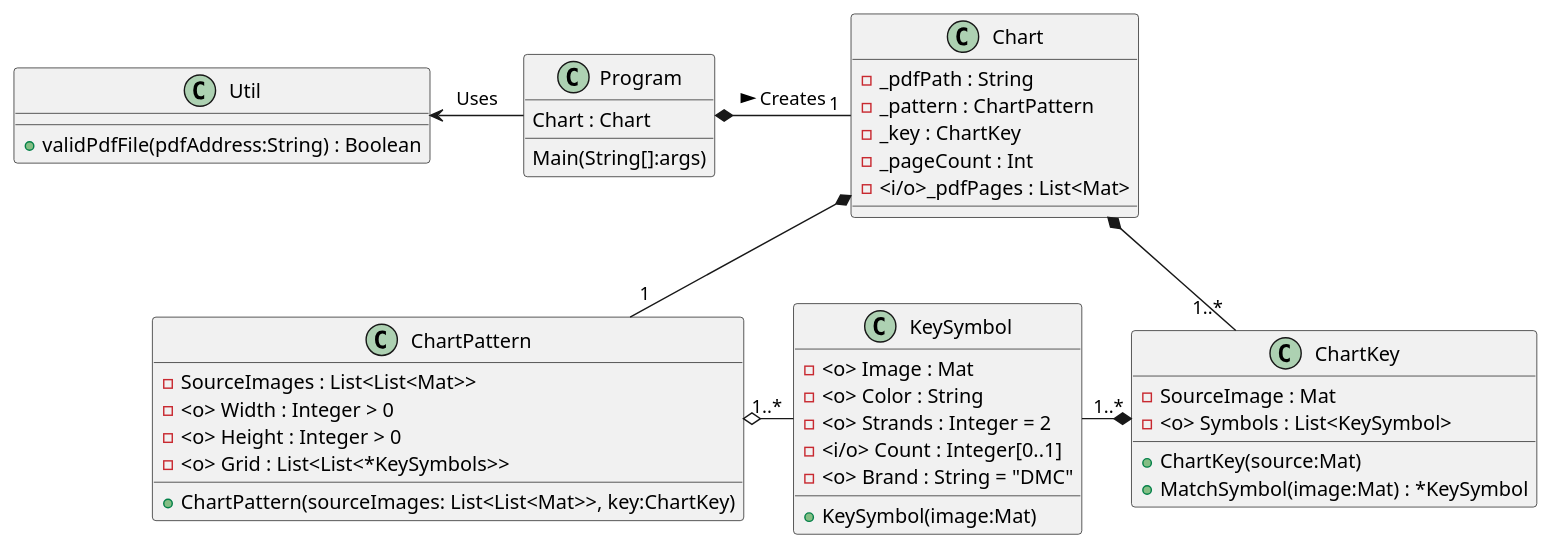
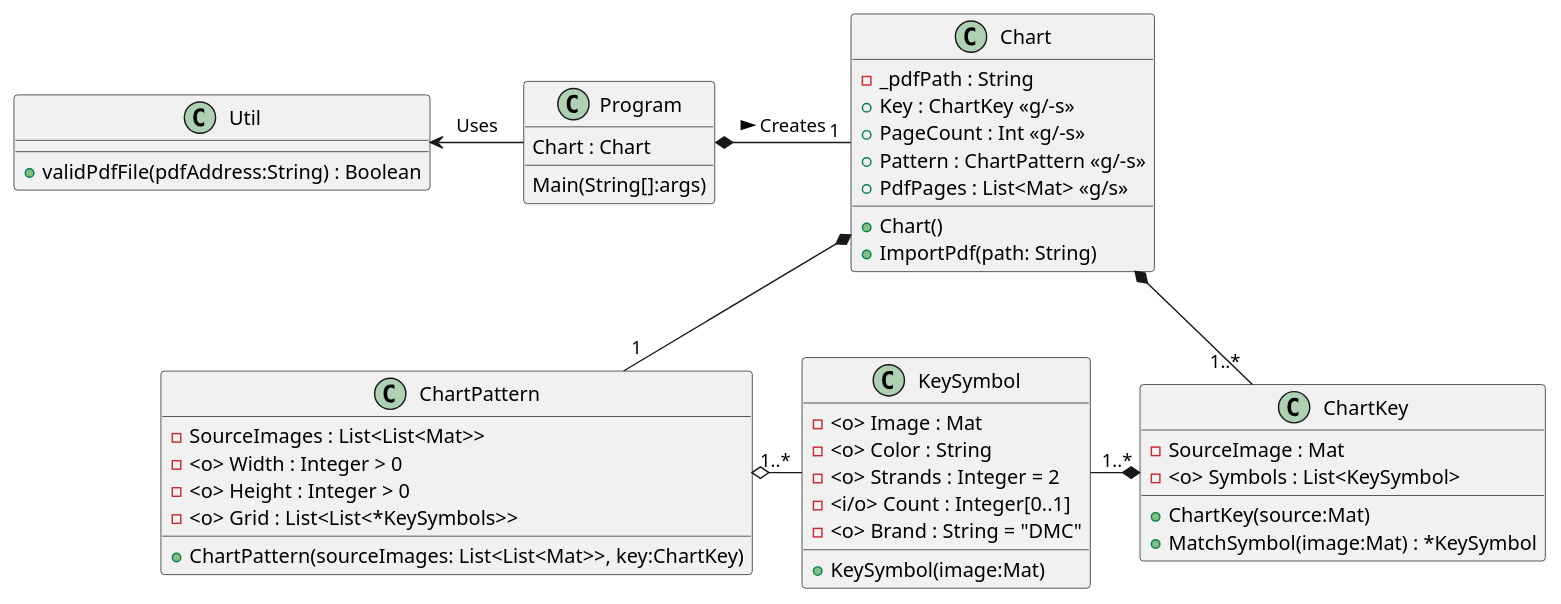
The diagram in doc/classes.md (Badwolf369/PatternSeer), drawn with PlantUML before and after one commit. The commit also changed 1 other file, not shown here.

Commit message:
Complete Chart documentation

```diff
--- a/doc/classes.md
+++ b/doc/classes.md
@@ -1,47 +1,48 @@
 @startuml
 class Program {
     Chart : Chart
     Main(String[]:args)
 }
 class Chart {
     -_pdfPath : String
-    -_pattern : ChartPattern
-    -_key : ChartKey
-    -_pageCount : Int
-    -<i/o>_pdfPages : List<Mat>
-
+    +Key : ChartKey <<g/-s>>
+    +PageCount : Int <<g/-s>>
+    +Pattern : ChartPattern <<g/-s>>
+    +PdfPages : List<Mat> <<g/s>>
+    +Chart()
+    +ImportPdf(path: String)
 }
 class ChartPattern {
     -SourceImages : List<List<Mat>>
     -<o> Width : Integer > 0
     -<o> Height : Integer > 0
     -<o> Grid : List<List<*KeySymbols>>
     +ChartPattern(sourceImages: List<List<Mat>>, key:ChartKey)
 }
 class ChartKey {
     -SourceImage : Mat
     -<o> Symbols : List<KeySymbol>
     +ChartKey(source:Mat)
     +MatchSymbol(image:Mat) : *KeySymbol
 }
 class KeySymbol {
     -<o> Image : Mat
     -<o> Color : String
     -<o> Strands : Integer = 2
     -<i/o> Count : Integer[0..1]
     -<o> Brand : String = "DMC"
     +KeySymbol(image:Mat)
 }
 
 Chart "1" -l-* Program : < Creates
 ChartKey "1..*" -u-* Chart
 ChartPattern "1" -u-* Chart
 KeySymbol "1..*" -l-o ChartPattern
 KeySymbol "1..*" -r-* ChartKey
 
 class Util {
     +validPdfFile(pdfAddress:String) : Boolean
 }
 
 Program -l-> Util : Uses
 @enduml
```
